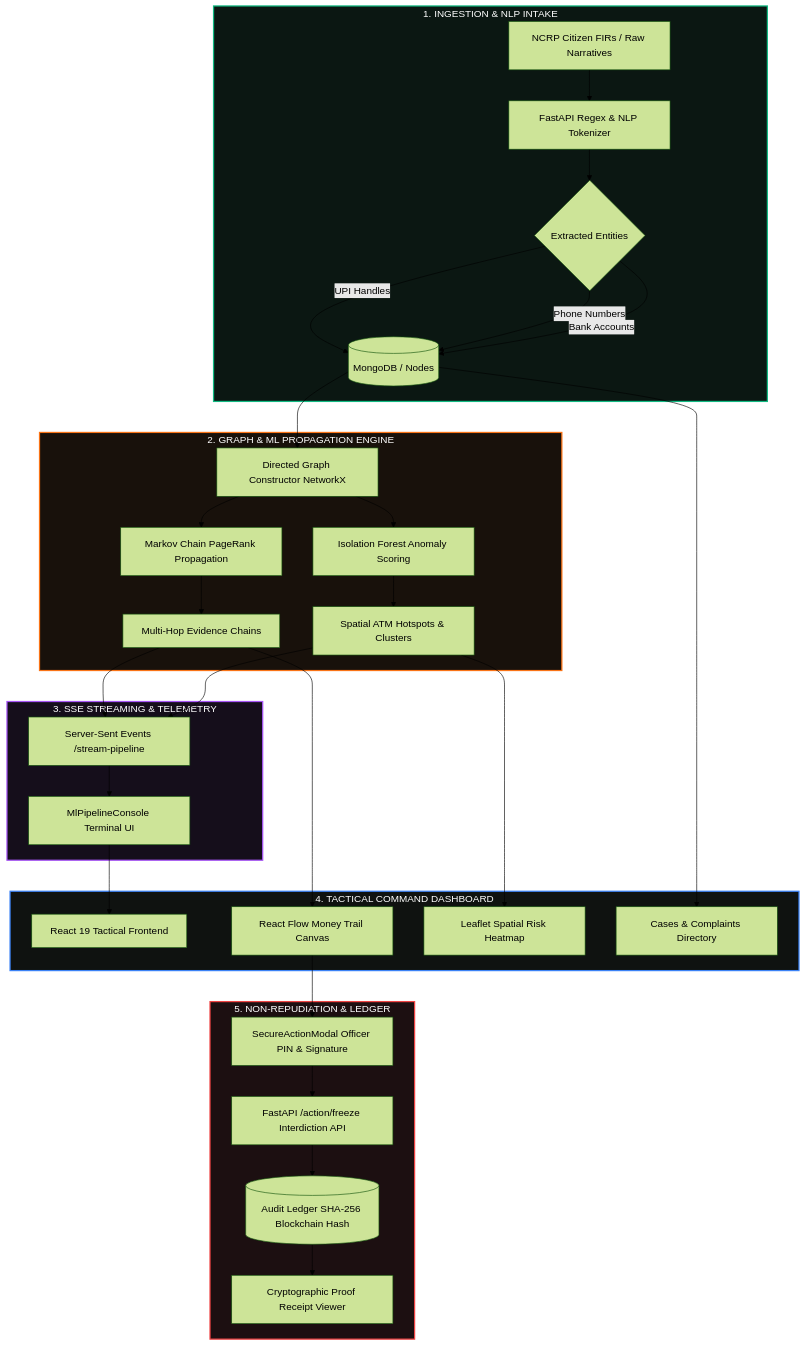
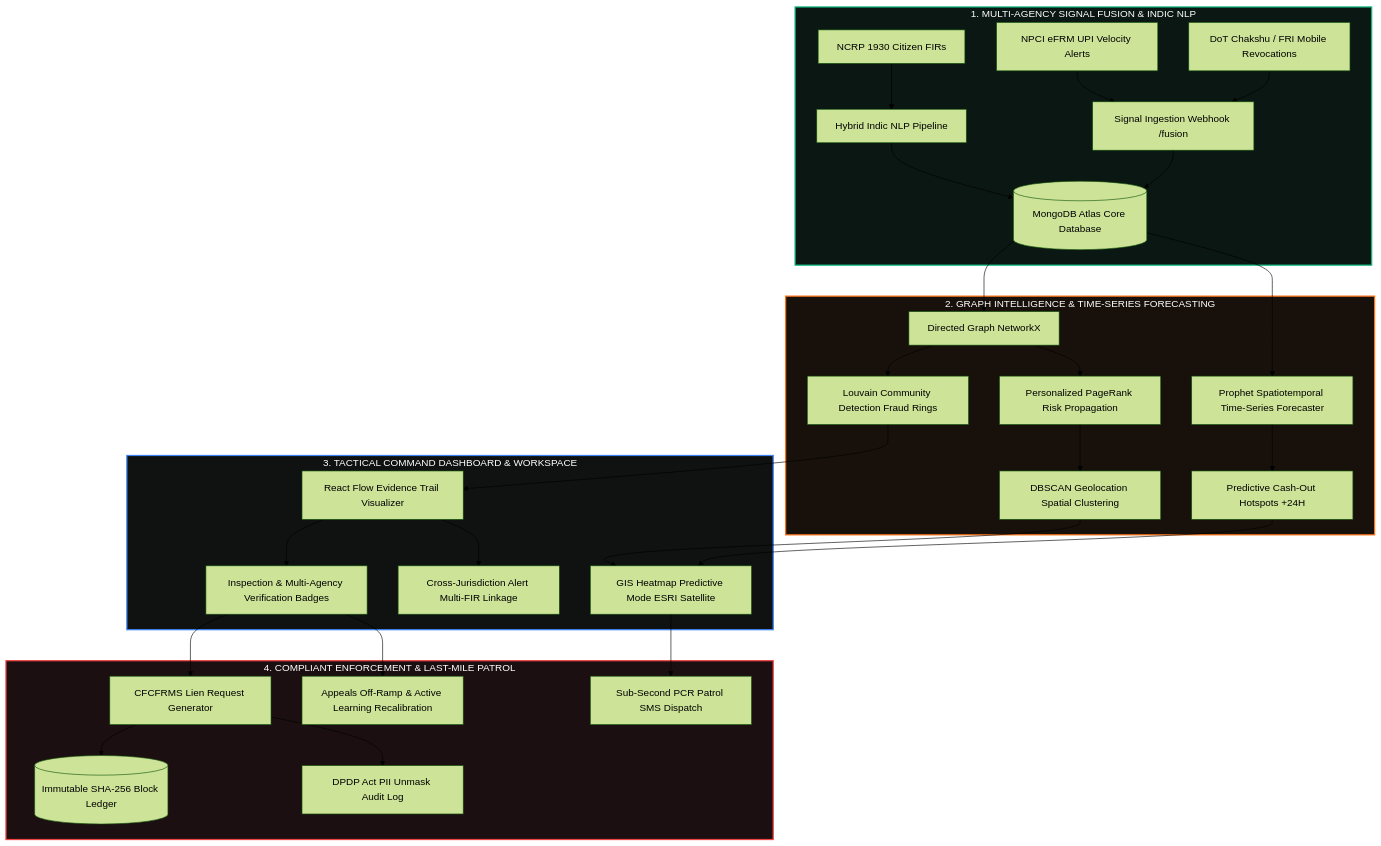
One commit to malikafarah/CyberSentinel changed the diagram in README.md. Above: the diagram before and after it, drawn with Mermaid (forest theme). The commit also changed other lines of this file, not shown here.

Commit message:
docs: update README with Spatiotemporal Forecasting, Multi-Agency Fusion, Louvain Syndicates, and Field Dispatch

````diff
--- a/README.md
+++ b/README.md
@@ -57,44 +66,40 @@
 ```mermaid
 flowchart TB
-    subgraph INTAKE["1. INGESTION & NLP INTAKE"]
-        A[NCRP Citizen FIRs / Raw Narratives] --> B[FastAPI Regex & NLP Tokenizer]
-        B --> C{Extracted Entities}
-        C -->|UPI Handles| D[(MongoDB / Nodes)]
-        C -->|Phone Numbers| D
-        C -->|Bank Accounts| D
+    subgraph FUSION["1. MULTI-AGENCY SIGNAL FUSION & INDIC NLP"]
+        A1[NCRP 1930 Citizen FIRs] --> B[Hybrid Indic NLP Pipeline]
+        A2[NPCI eFRM UPI Velocity Alerts] --> C[Signal Ingestion Webhook /fusion]
+        A3[DoT Chakshu / FRI Mobile Revocations] --> C
+        B --> D[(MongoDB Atlas Core Database)]
+        C --> D
     end
 
-    subgraph ENGINE["2. GRAPH & ML PROPAGATION ENGINE"]
-        D --> E[Directed Graph Constructor NetworkX]
-        E --> F[Markov Chain PageRank Propagation]
-        E --> G[Isolation Forest Anomaly Scoring]
-        F --> H[Multi-Hop Evidence Chains]
-        G --> I[Spatial ATM Hotspots & Clusters]
+    subgraph ENGINE["2. GRAPH INTELLIGENCE & TIME-SERIES FORECASTING"]
+        D --> E[Directed Graph NetworkX]
+        E --> F[Louvain Community Detection Fraud Rings]
+        E --> G[Personalized PageRank Risk Propagation]
+        D --> H[Prophet Spatiotemporal Time-Series Forecaster]
+        H --> I[Predictive Cash-Out Hotspots +24H]
+        G --> J[DBSCAN Geolocation Spatial Clustering]
     end
 
-    subgraph TELEMETRY["3. SSE STREAMING & TELEMETRY"]
-        H --> J[Server-Sent Events /stream-pipeline]
-        I --> J
-        J --> K[MlPipelineConsole Terminal UI]
+    subgraph TACTICAL_UI["3. TACTICAL COMMAND DASHBOARD & WORKSPACE"]
+        F --> K[React Flow Evidence Trail Visualizer]
+        I --> L[GIS Heatmap Predictive Mode ESRI Satellite]
+        J --> L
+        K --> M[Inspection & Multi-Agency Verification Badges]
+        K --> N[Cross-Jurisdiction Alert Multi-FIR Linkage]
     end
 
-    subgraph TACTICAL_UI["4. TACTICAL COMMAND DASHBOARD"]
-        K --> L[React 19 Tactical Frontend]
-        H --> M[React Flow Money Trail Canvas]
-        I --> N[Leaflet Spatial Risk Heatmap]
-        D --> O[Cases & Complaints Directory]
+    subgraph INTERDICTION["4. COMPLIANT ENFORCEMENT & LAST-MILE PATROL"]
+        M --> O[CFCFRMS Lien Request Generator]
+        O --> P[(Immutable SHA-256 Block Ledger)]
+        L --> Q[Sub-Second PCR Patrol SMS Dispatch]
+        O --> R[DPDP Act PII Unmask Audit Log]
+        M --> S[Appeals Off-Ramp & Active Learning Recalibration]
     end
 
-    subgraph INTERDICTION["5. NON-REPUDIATION & LEDGER"]
-        M --> P[SecureActionModal Officer PIN & Signature]
-        P --> Q[FastAPI /action/freeze Interdiction API]
-        Q --> R[(Audit Ledger SHA-256 Blockchain Hash)]
-        R --> S[Cryptographic Proof Receipt Viewer]
-    end
-
-    style INTAKE fill:#0B1712,stroke:#10b981,stroke-width:2px,color:#fff
+    style FUSION fill:#0B1712,stroke:#10b981,stroke-width:2px,color:#fff
     style ENGINE fill:#18110B,stroke:#f97316,stroke-width:2px,color:#fff
-    style TELEMETRY fill:#150E1B,stroke:#a855f7,stroke-width:2px,color:#fff
     style TACTICAL_UI fill:#0F1210,stroke:#3b82f6,stroke-width:2px,color:#fff
     style INTERDICTION fill:#1C0F11,stroke:#ef4444,stroke-width:2px,color:#fff
 ```
````
